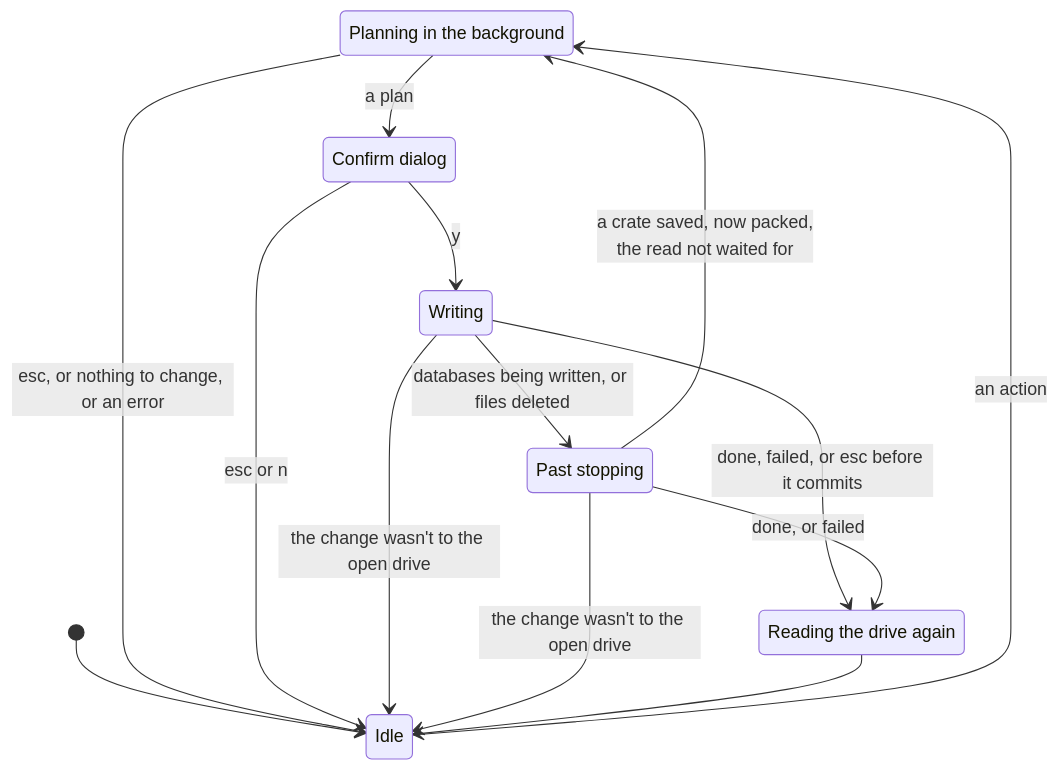
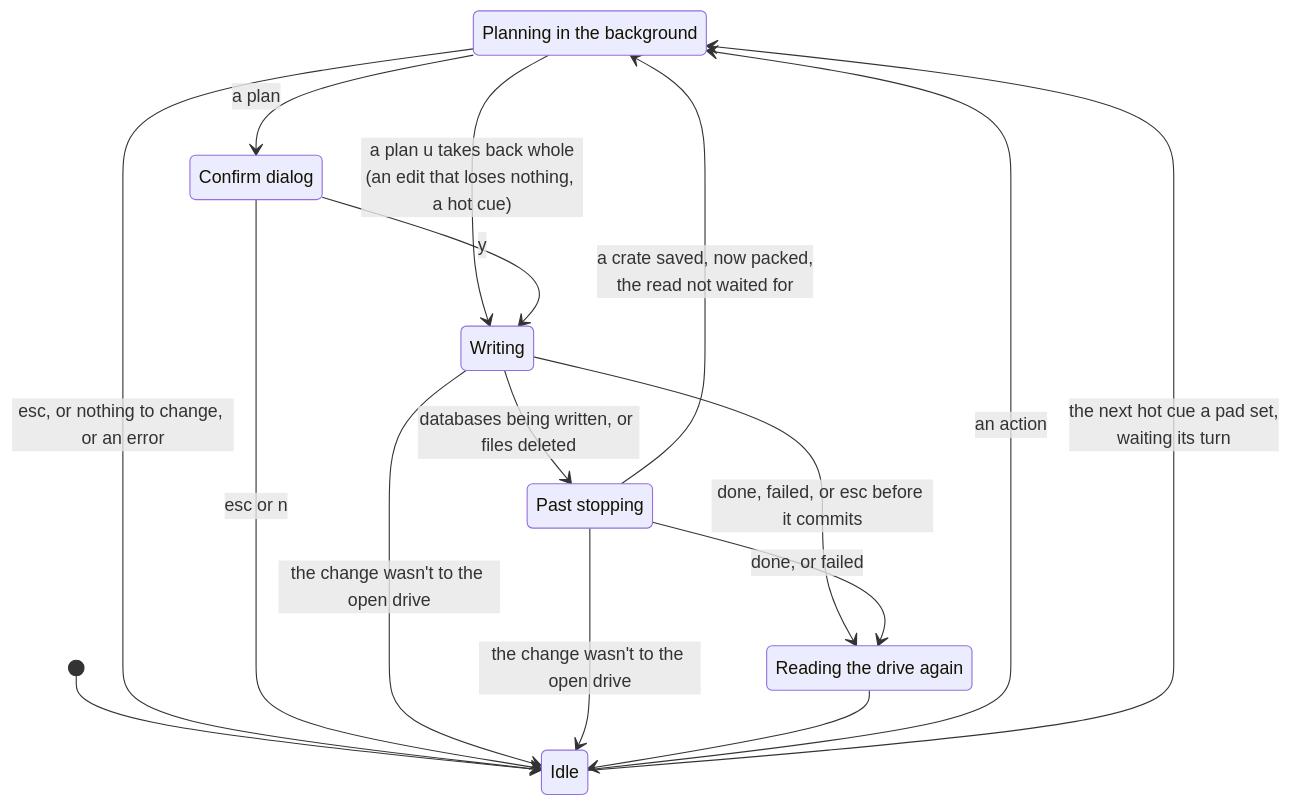
The ninth of 17 diagrams in apps/locallibrary/docs/diagrams/player.md (cutenode/localnetwork), drawn with Mermaid before and after one commit. The commit also changed other lines of this file, not shown here.

Commit message:
docs(locallibrary): the player diagrams show hot cues set from the pads

````diff
--- a/apps/locallibrary/docs/diagrams/player.md
+++ b/apps/locallibrary/docs/diagrams/player.md
@@ -200,21 +200,23 @@
 ```mermaid
 stateDiagram-v2
     state "Planning in the background" as Planning
     state "Confirm dialog" as Confirm
     state "Writing" as Writing
     state "Past stopping" as Committed
     state "Reading the drive again" as Reading
     [*] --> Idle
     Idle --> Planning: an action
     Planning --> Idle: esc, or nothing to change, or an error
     Planning --> Confirm: a plan
+    Planning --> Writing: a plan u takes back whole<br/>(an edit that loses nothing, a hot cue)
     Confirm --> Idle: esc or n
     Confirm --> Writing: y
     Writing --> Committed: databases being written, or files deleted
     Writing --> Reading: done, failed, or esc before it commits
     Writing --> Idle: the change wasn't to the open drive
     Committed --> Idle: the change wasn't to the open drive
     Committed --> Reading: done, or failed
     Reading --> Idle
+    Idle --> Planning: the next hot cue a pad set,<br/>waiting its turn
     Committed --> Planning: a crate saved, now packed,<br/>the read not waited for
 ```
````
